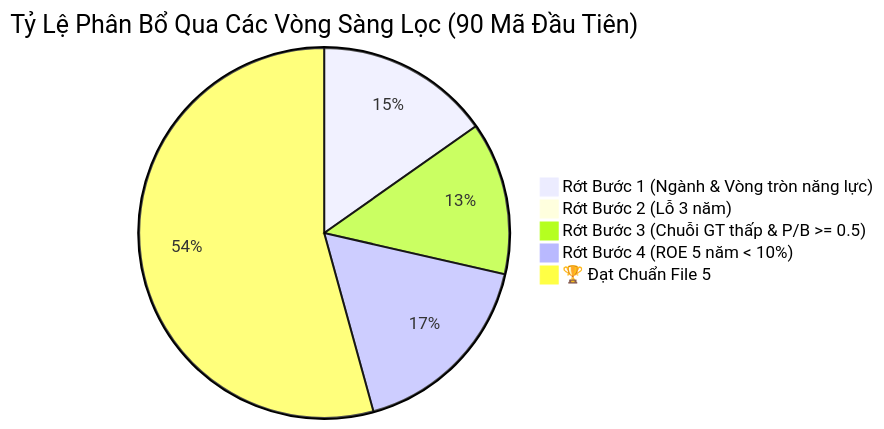
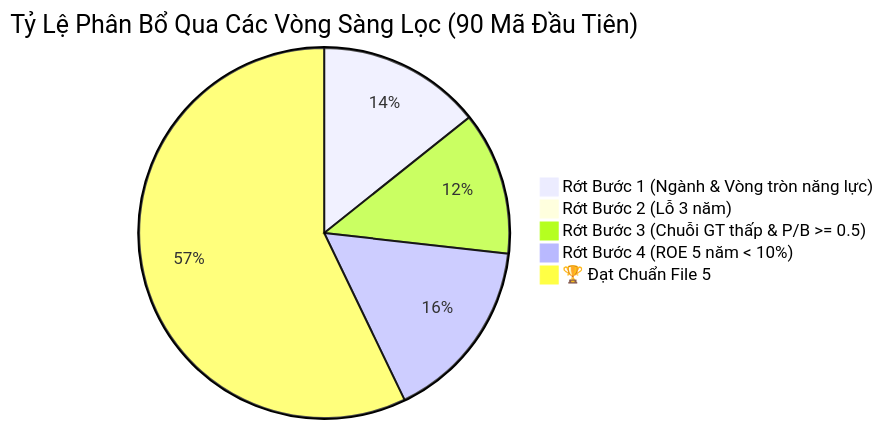
The diagram in screenings/screening_dashboard.md (lenhan1102/pdf-analyzer), drawn with Mermaid before and after one commit. The commit also changed other lines of this file and 8 other files, not shown here.

````diff
--- a/screenings/screening_dashboard.md
+++ b/screenings/screening_dashboard.md
@@ -9,8 +9,8 @@
 ```mermaid
 pie title Tỷ Lệ Phân Bổ Qua Các Vòng Sàng Lọc (90 Mã Đầu Tiên)
     "Rớt Bước 1 (Ngành & Vòng tròn năng lực)" : 16
     "Rớt Bước 2 (Lỗ 3 năm)" : 1
     "Rớt Bước 3 (Chuỗi GT thấp & P/B >= 0.5)" : 14
     "Rớt Bước 4 (ROE 5 năm < 10%)" : 18
-    "🏆 Đạt Chuẩn File 5" : 57
+    "🏆 Đạt Chuẩn File 5" : 64
 ```
````
